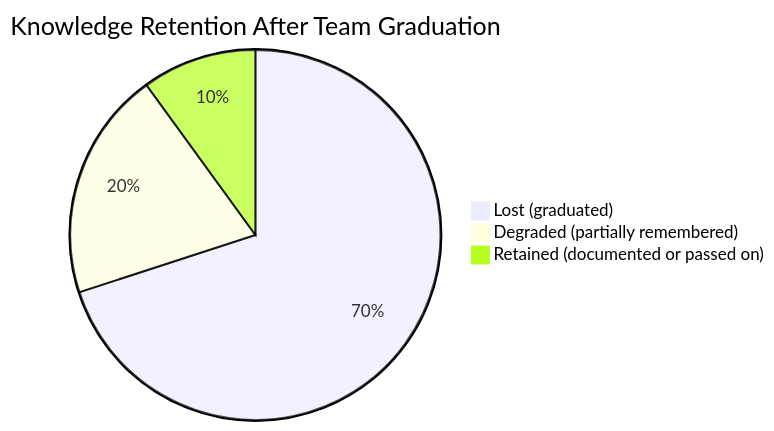
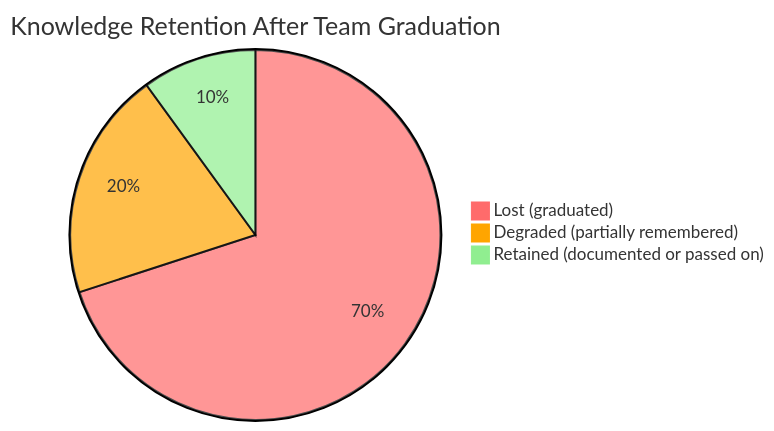
The fifth of 9 diagrams in docs/diagrams/team-boundaries.md (Lizo-RoadTown/PROVES_LIBRARY), drawn with Mermaid before and after one commit. The commit also changed 3 other files, not shown here.

First line of the commit message:
Fix pie chart visibility with custom color themes

````diff
--- a/docs/diagrams/team-boundaries.md
+++ b/docs/diagrams/team-boundaries.md
@@ -266,6 +266,7 @@
 ```mermaid
+%%{init: {'theme':'base', 'themeVariables': { 'pie1':'#ff6b6b', 'pie2':'#ffa500', 'pie3':'#90ee90'}}}%%
 pie title Knowledge Retention After Team Graduation
     "Lost (graduated)" : 70
     "Degraded (partially remembered)" : 20
     "Retained (documented or passed on)" : 10
 ```
````
